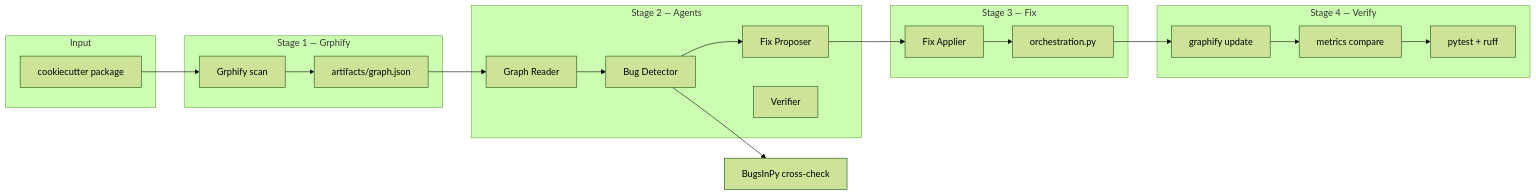
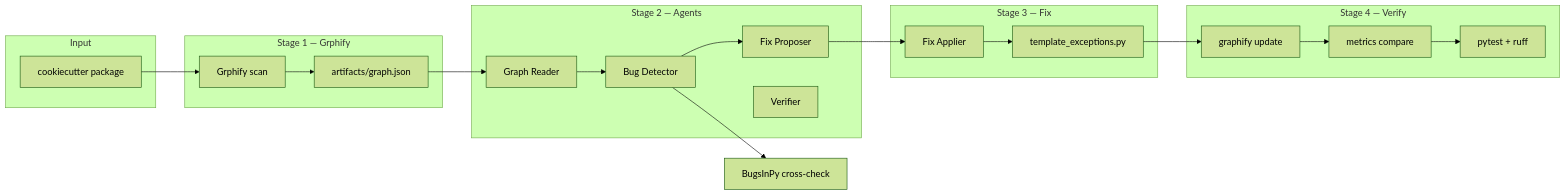
One commit to yamandahle/AI-Agents-course changed the first of 2 diagrams in hw4/README.md. Above: the diagram before and after it, drawn with Mermaid (forest theme). The commit also changed other lines of this file and 2 other files, not shown here.

````diff
--- a/hw4/README.md
+++ b/hw4/README.md
@@ -169,28 +177,28 @@
 ```mermaid
 flowchart LR
     subgraph input [Input]
         CC[cookiecutter package]
     end
     subgraph stage1 [Stage 1 — Grphify]
         G[Grphify scan]
         JSON[artifacts/graph.json]
     end
     subgraph stage2 [Stage 2 — Agents]
         GR[Graph Reader]
         BD[Bug Detector]
         FP[Fix Proposer]
         VF[Verifier]
     end
     subgraph stage3 [Stage 3 — Fix]
         AP[Fix Applier]
-        ORCH[orchestration.py]
+        TEX[template_exceptions.py]
     end
     subgraph stage4 [Stage 4 — Verify]
         UP[graphify update]
         MET[metrics compare]
         TST[pytest + ruff]
     end
     CC --> G --> JSON --> GR --> BD --> FP
     BD --> FBC[BugsInPy cross-check]
-    FP --> AP --> ORCH --> UP --> MET --> TST
+    FP --> AP --> TEX --> UP --> MET --> TST
 ```
````
